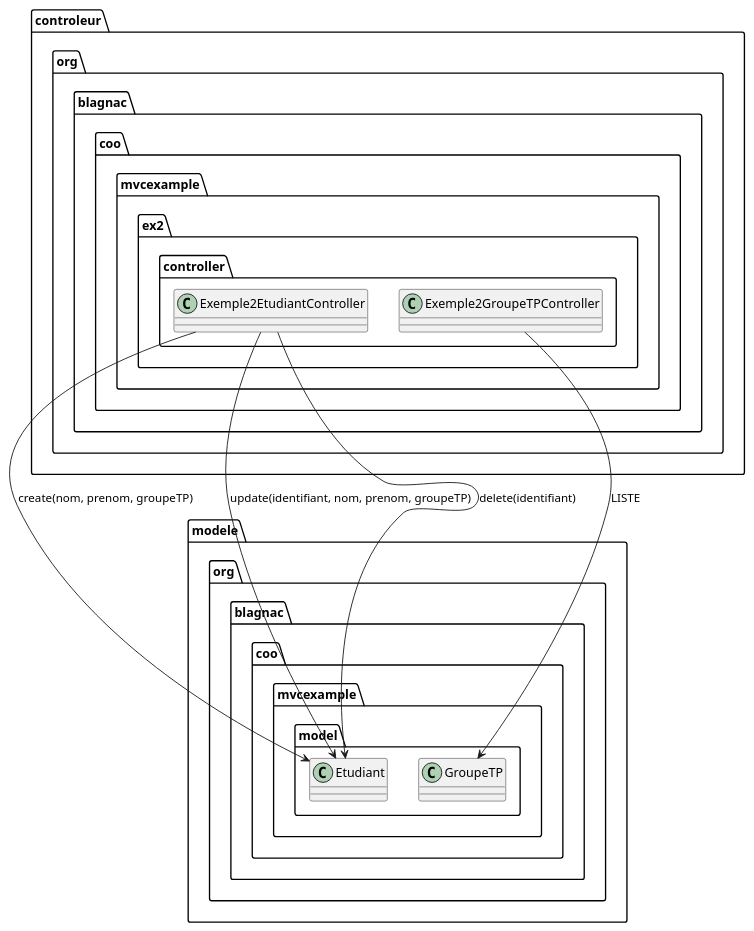
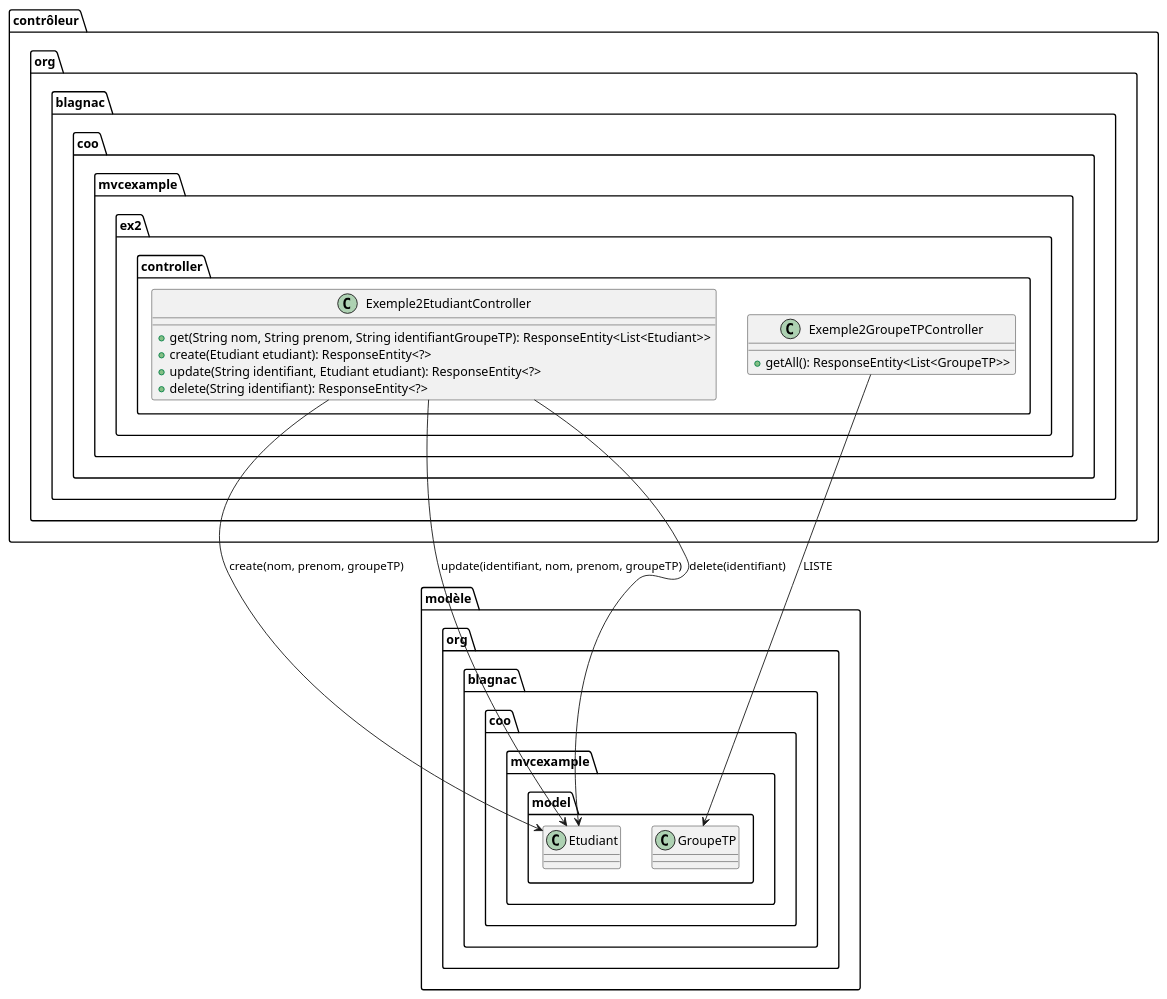
One commit to tgoubin/mvc-example changed the third of 3 diagrams in src/main/doc/exemple2.adoc. Above: the diagram before and after it, drawn with PlantUML. The commit also changed other lines of this file and 1 other file, not shown here.

```diff
--- a/src/main/doc/exemple2.adoc
+++ b/src/main/doc/exemple2.adoc
@@ -170,30 +170,33 @@
-[plantuml, "ex1-controleur", png]  
+[plantuml, "ex2-controleur", png]  
 ----
 @startuml
 
-folder controleur {
+folder contrôleur {
 	package org.blagnac.coo.mvcexample.ex2.controller {
 		class Exemple2EtudiantController {
-			
+			+ get(String nom, String prenom, String identifiantGroupeTP): ResponseEntity<List<Etudiant>>
+			+ create(Etudiant etudiant): ResponseEntity<?>
+			+ update(String identifiant, Etudiant etudiant): ResponseEntity<?>
+			+ delete(String identifiant): ResponseEntity<?>
 		}
 		
 		class Exemple2GroupeTPController {
-			
+			+ getAll(): ResponseEntity<List<GroupeTP>>
 		}
 	}
 }
 
-folder modele {
+folder modèle {
 	package org.blagnac.coo.mvcexample.model {
 	    class Etudiant
 	    class GroupeTP
 	}
 }
 
 Exemple2EtudiantController --> Etudiant: create(nom, prenom, groupeTP)
 Exemple2EtudiantController --> Etudiant: update(identifiant, nom, prenom, groupeTP)
 Exemple2EtudiantController --> Etudiant: delete(identifiant)
 Exemple2GroupeTPController --> GroupeTP: LISTE
 
 @enduml
 ----
```
